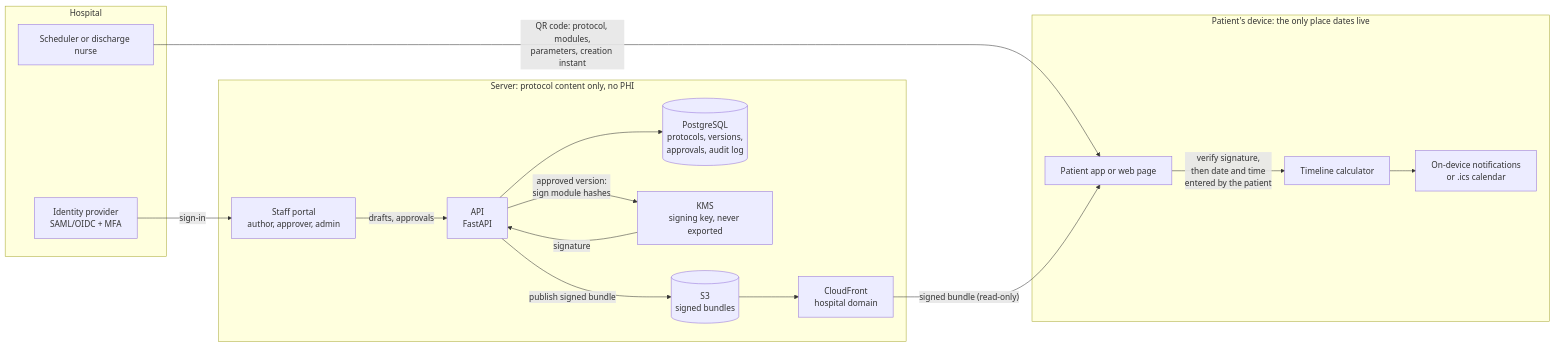
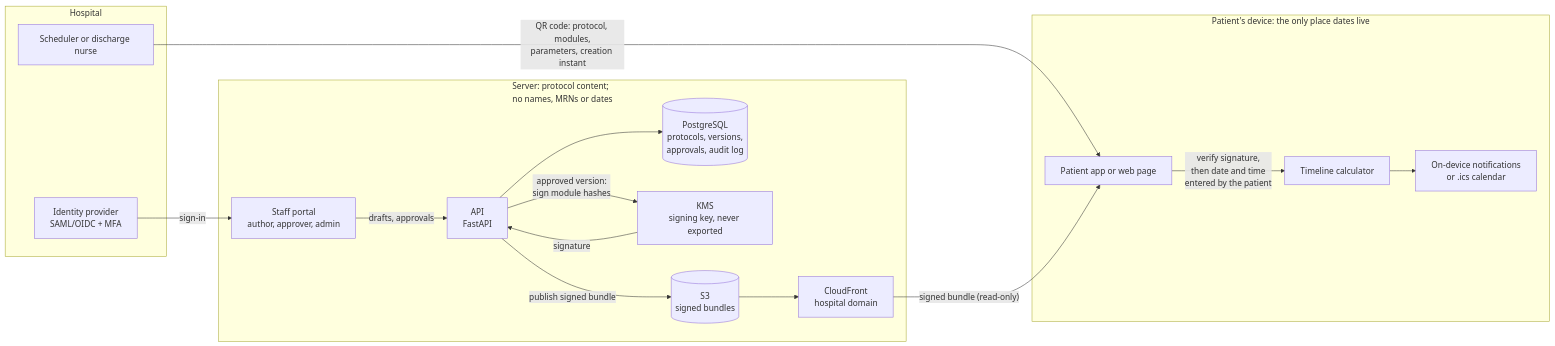
The diagram in docs/data-flow.md (Triple-S-Sajjad/prep-timeline), drawn with Mermaid before and after one commit. The commit also changed other lines of this file and 2 other files, not shown here.

Commit message:
Docs: threat model, data inventory and data flow (drafts with OPEN items)

````diff
--- a/docs/data-flow.md
+++ b/docs/data-flow.md
@@ -5,34 +5,34 @@
 ```mermaid
 flowchart LR
   subgraph Hospital["Hospital"]
     IdP["Identity provider<br/>SAML/OIDC + MFA"]
     Scheduler["Scheduler or discharge nurse"]
   end
 
-  subgraph AWS["Server: protocol content only, no PHI"]
+  subgraph AWS["Server: protocol content;<br/>no names, MRNs or dates"]
     Portal["Staff portal<br/>author, approver, admin"]
     API["API<br/>FastAPI"]
     DB[("PostgreSQL<br/>protocols, versions,<br/>approvals, audit log")]
     KMS["KMS<br/>signing key, never exported"]
     S3[("S3<br/>signed bundles")]
     CDN["CloudFront<br/>hospital domain"]
   end
 
   subgraph Device["Patient's device: the only place dates live"]
     App["Patient app or web page"]
     Calc["Timeline calculator"]
     Notify["On-device notifications<br/>or .ics calendar"]
   end
 
   IdP -- "sign-in" --> Portal
   Portal -- "drafts, approvals" --> API
   API --> DB
   API -- "approved version:<br/>sign module hashes" --> KMS
   KMS -- "signature" --> API
   API -- "publish signed bundle" --> S3
   S3 --> CDN
   Scheduler -- "QR code: protocol, modules,<br/>parameters, creation instant" --> App
   CDN -- "signed bundle (read-only)" --> App
   App -- "verify signature,<br/>then date and time<br/>entered by the patient" --> Calc
   Calc --> Notify
 ```
````
